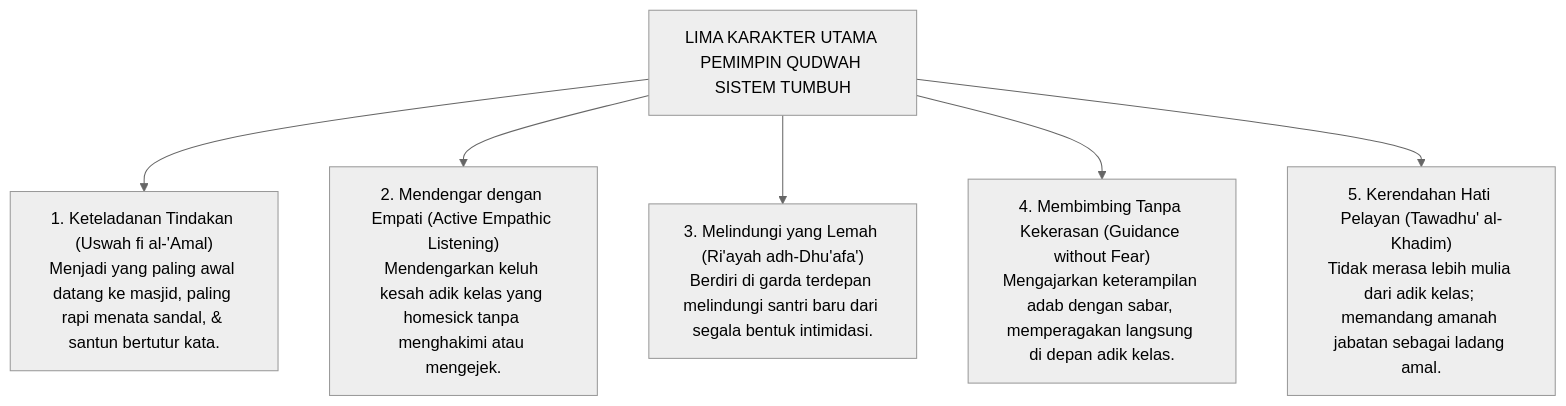
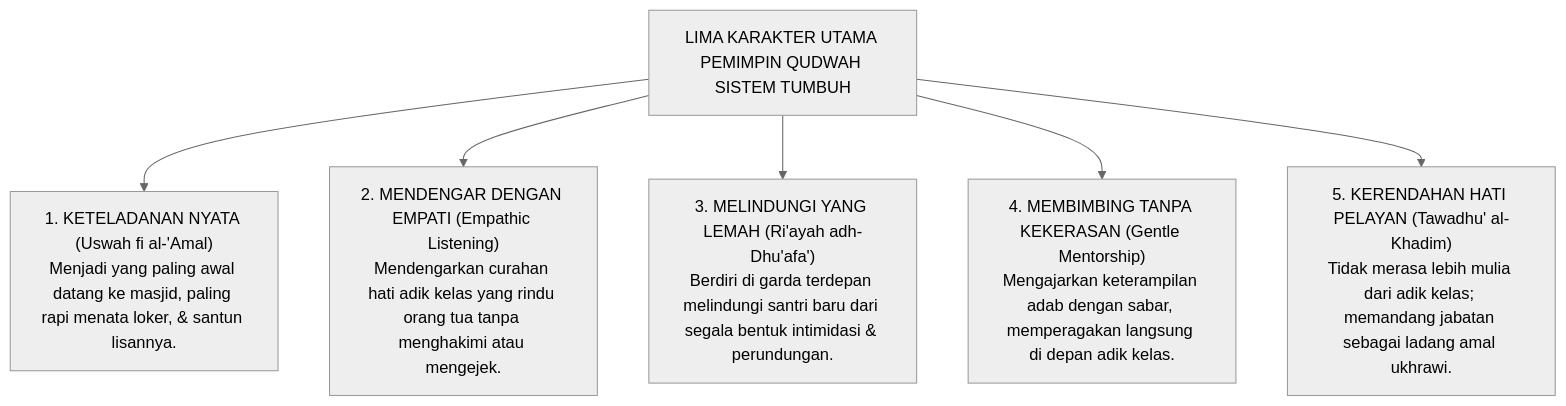
Before and after one commit to wandiapriliyandi/tumbuh: the second of 4 diagrams in BOOK-SERIES/Volume-01/Bab-04-Kritik-Feodalisme-dan-Distorsi-Tawadhu/04-Model-Servant-Qudwah-Leadership.md, drawn with Mermaid (neutral theme). The commit also changed other lines of this file and 24 other files, not shown here.

Commit message:
feat(book-01): perkaya dan perdalam seluruh isi subbab bab 02 s.d. 07 dengan elaborasi komprehensif, analisis mendalam, dan diagram alur lengkap

````diff
--- a/BOOK-SERIES/Volume-01/Bab-04-Kritik-Feodalisme-dan-Distorsi-Tawadhu/04-Model-Servant-Qudwah-Leadership.md
+++ b/BOOK-SERIES/Volume-01/Bab-04-Kritik-Feodalisme-dan-Distorsi-Tawadhu/04-Model-Servant-Qudwah-Leadership.md
@@ -37,14 +41,14 @@
 ```mermaid
 graph TD
     RootQudwah["LIMA KARAKTER UTAMA PEMIMPIN QUDWAH SISTEM TUMBUH"]
     
-    RootQudwah --> Q1["1. Keteladanan Tindakan (Uswah fi al-'Amal)<br/>Menjadi yang paling awal datang ke masjid, paling rapi menata sandal, & santun bertutur kata."]
+    RootQudwah --> Q1["1. KETELADANAN NYATA (Uswah fi al-'Amal)<br/>Menjadi yang paling awal datang ke masjid, paling rapi menata loker, & santun lisannya."]
     
-    RootQudwah --> Q2["2. Mendengar dengan Empati (Active Empathic Listening)<br/>Mendengarkan keluh kesah adik kelas yang homesick tanpa menghakimi atau mengejek."]
+    RootQudwah --> Q2["2. MENDENGAR DENGAN EMPATI (Empathic Listening)<br/>Mendengarkan curahan hati adik kelas yang rindu orang tua tanpa menghakimi atau mengejek."]
     
-    RootQudwah --> Q3["3. Melindungi yang Lemah (Ri'ayah adh-Dhu'afa')<br/>Berdiri di garda terdepan melindungi santri baru dari segala bentuk intimidasi."]
+    RootQudwah --> Q3["3. MELINDUNGI YANG LEMAH (Ri'ayah adh-Dhu'afa')<br/>Berdiri di garda terdepan melindungi santri baru dari segala bentuk intimidasi & perundungan."]
     
-    RootQudwah --> Q4["4. Membimbing Tanpa Kekerasan (Guidance without Fear)<br/>Mengajarkan keterampilan adab dengan sabar, memperagakan langsung di depan adik kelas."]
+    RootQudwah --> Q4["4. MEMBIMBING TANPA KEKERASAN (Gentle Mentorship)<br/>Mengajarkan keterampilan adab dengan sabar, memperagakan langsung di depan adik kelas."]
     
-    RootQudwah --> Q5["5. Kerendahan Hati Pelayan (Tawadhu' al-Khadim)<br/>Tidak merasa lebih mulia dari adik kelas; memandang amanah jabatan sebagai ladang amal."]
+    RootQudwah --> Q5["5. KERENDAHAN HATI PELAYAN (Tawadhu' al-Khadim)<br/>Tidak merasa lebih mulia dari adik kelas; memandang jabatan sebagai ladang amal ukhrawi."]
 ```
````
